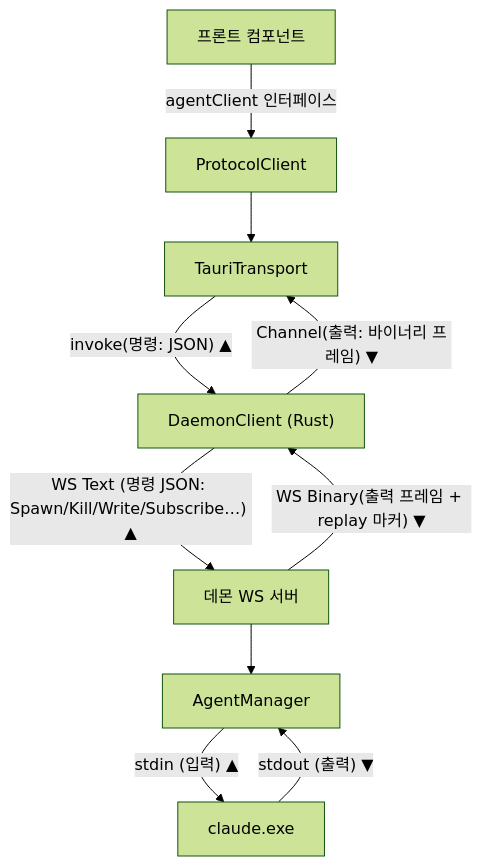
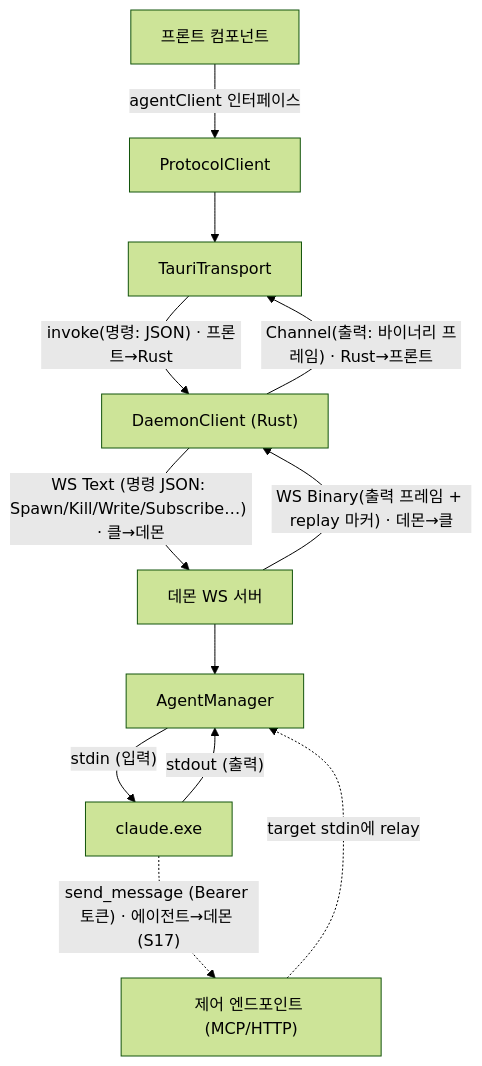
The second of 18 diagrams in docs/reference/architecture-overview.md (kimsunzun/engram-dashboard), drawn with Mermaid (forest theme) before and after one commit. The commit also changed other lines of this file, not shown here.

````diff
--- a/docs/reference/architecture-overview.md
+++ b/docs/reference/architecture-overview.md
@@ -100,20 +110,23 @@
 ```mermaid
 flowchart TD
   FC["프론트 컴포넌트"]
   PC["ProtocolClient"]
   TT["TauriTransport"]
   DC["DaemonClient (Rust)"]
   WSS["데몬 WS 서버"]
   AM["AgentManager"]
+  CTL["제어 엔드포인트 (MCP/HTTP)"]
   CL["claude.exe"]
 
   FC -->|"agentClient 인터페이스"| PC
   PC --> TT
-  TT -->|"invoke(명령: JSON) ▲"| DC
-  DC -->|"Channel(출력: 바이너리 프레임) ▼"| TT
-  DC -->|"WS Text (명령 JSON: Spawn/Kill/Write/Subscribe…) ▲"| WSS
-  WSS -->|"WS Binary(출력 프레임 + replay 마커) ▼"| DC
+  TT -->|"invoke(명령: JSON) · 프론트→Rust"| DC
+  DC -->|"Channel(출력: 바이너리 프레임) · Rust→프론트"| TT
+  DC -->|"WS Text (명령 JSON: Spawn/Kill/Write/Subscribe…) · 클→데몬"| WSS
+  WSS -->|"WS Binary(출력 프레임 + replay 마커) · 데몬→클"| DC
   WSS --> AM
-  AM -->|"stdin (입력) ▲"| CL
-  CL -->|"stdout (출력) ▼"| AM
+  AM -->|"stdin (입력)"| CL
+  CL -->|"stdout (출력)"| AM
+  CL -.->|"send_message (Bearer 토큰) · 에이전트→데몬 (S17)"| CTL
+  CTL -.->|"target stdin에 relay"| AM
 ```
````
